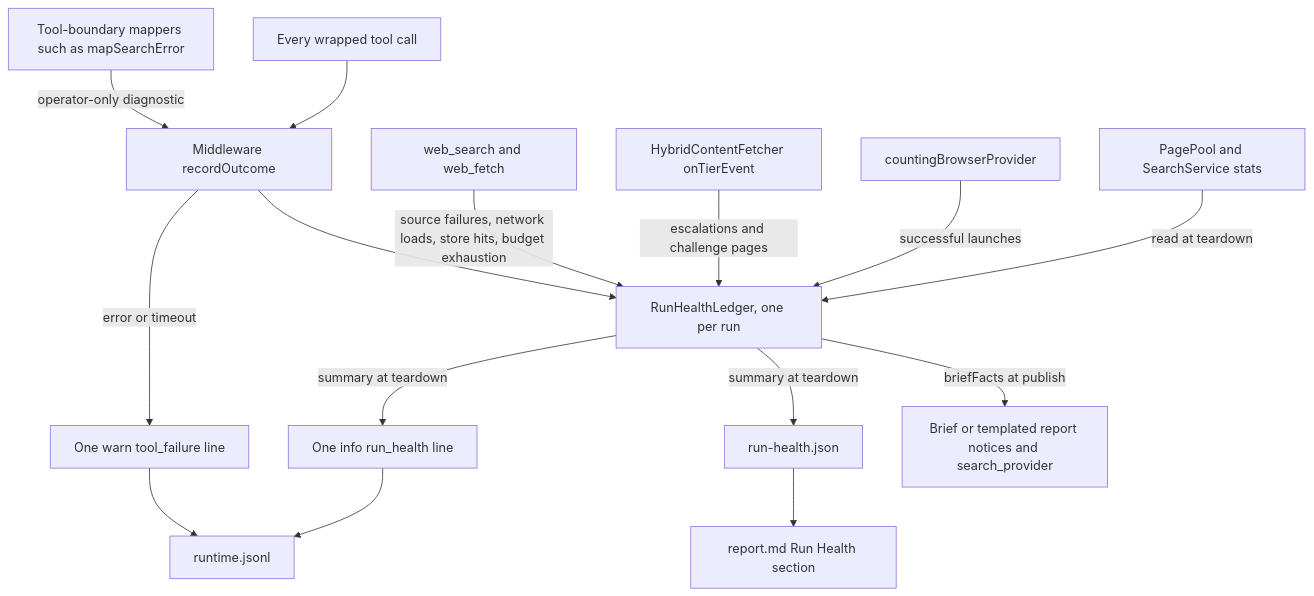
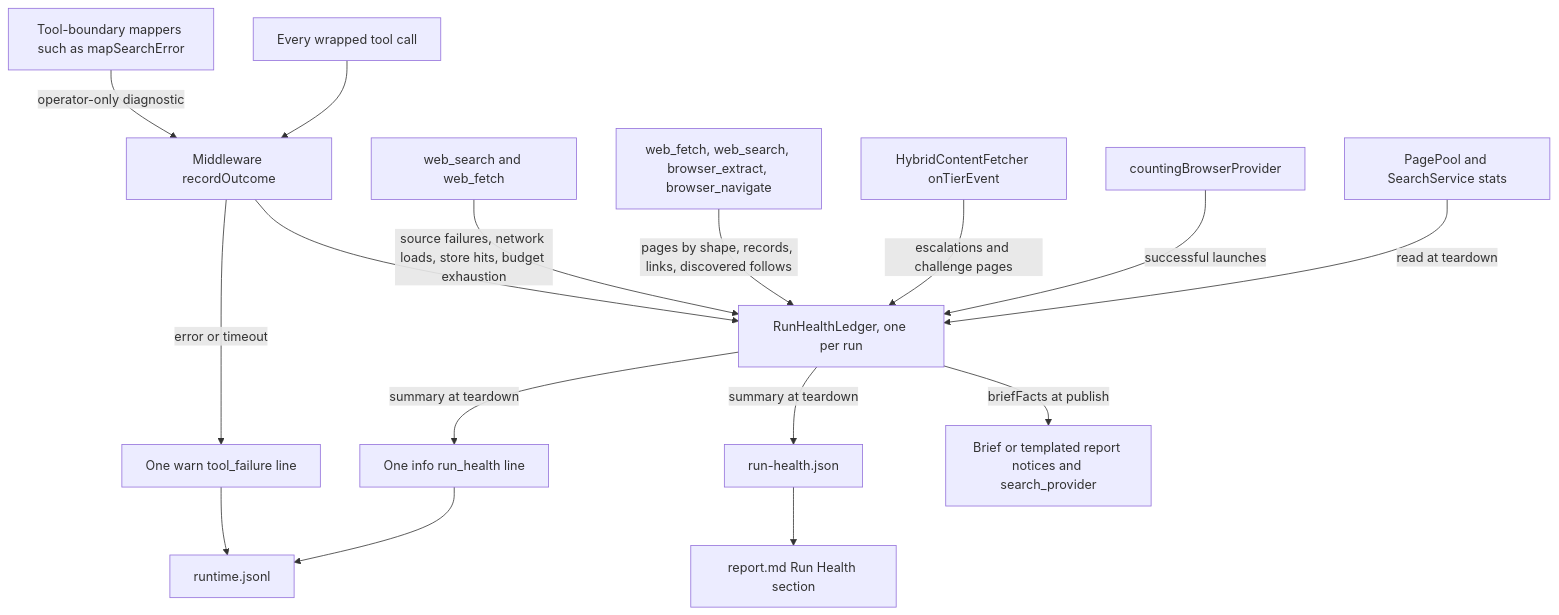
Before and after one commit to abranjith/yantra: diagram 12 of 23 in docs/architecture.md, drawn with Mermaid. The commit also changed other lines of this file and 111 other files, not shown here.

````diff
--- a/docs/architecture.md
+++ b/docs/architecture.md
@@ -1168,17 +1233,18 @@
 ```mermaid
 flowchart TD
   Calls[Every wrapped tool call] --> Chokepoint[Middleware recordOutcome]
   Mapper[Tool-boundary mappers such as mapSearchError] -->|operator-only diagnostic| Chokepoint
   Chokepoint --> Ledger[RunHealthLedger, one per run]
   Chokepoint -->|error or timeout| Warn[One warn tool_failure line]
   ReadTools[web_search and web_fetch] -->|source failures, network loads, store hits, budget exhaustion| Ledger
+  PageViews[web_fetch, web_search, browser_extract, browser_navigate] -->|pages by shape, records, links, discovered follows| Ledger
   Tiers[HybridContentFetcher onTierEvent] -->|escalations and challenge pages| Ledger
   Counter[countingBrowserProvider] -->|successful launches| Ledger
   Acq[PagePool and SearchService stats] -->|read at teardown| Ledger
   Ledger -->|briefFacts at publish| Document[Brief or templated report notices and search_provider]
   Ledger -->|summary at teardown| HealthFile[run-health.json]
   Ledger -->|summary at teardown| HealthLine[One info run_health line]
   Warn --> RuntimeLog[runtime.jsonl]
   HealthLine --> RuntimeLog
   HealthFile --> Report[report.md Run Health section]
 ```
````
